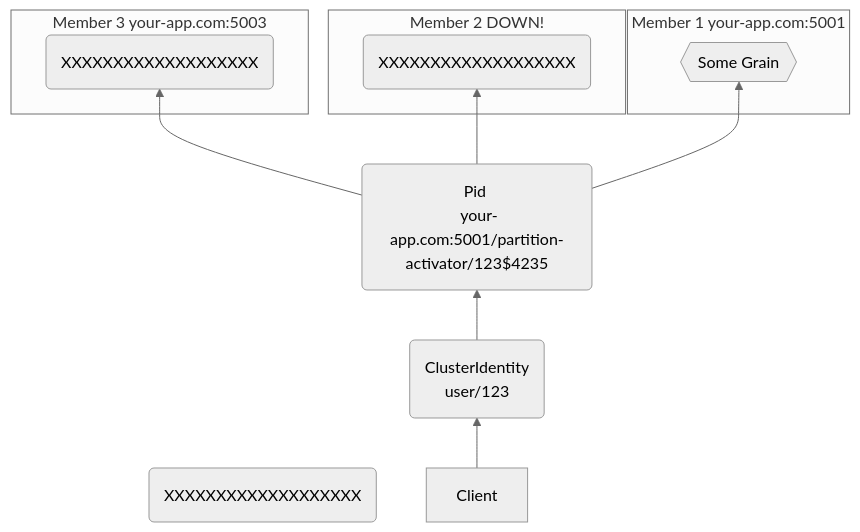
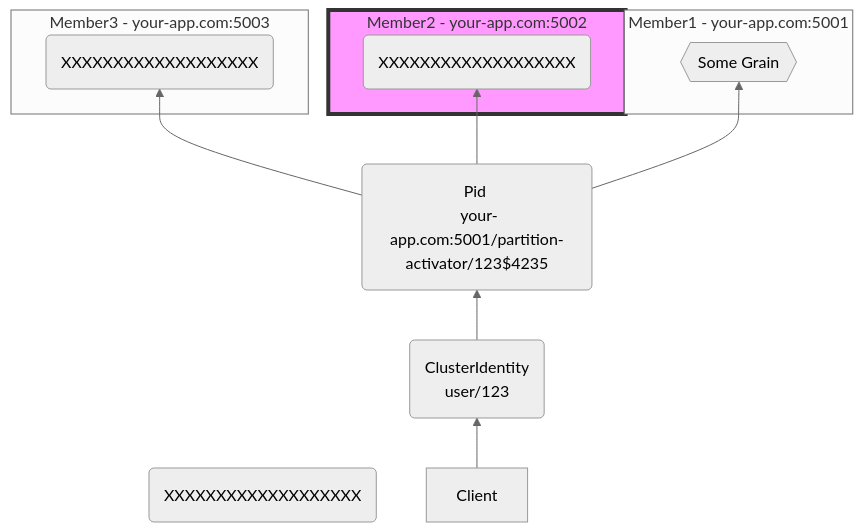
Before and after one commit to asynkron/protoactor-website: the third of 3 diagrams in hugo/content/docs/cluster.md, drawn with Mermaid (neutral theme). The commit also changed other lines of this file and 1 other file, not shown here.

````diff
--- a/hugo/content/docs/cluster.md
+++ b/hugo/content/docs/cluster.md
@@ -125,28 +125,31 @@
 ```mermaid
 graph BT;
     empty1(XXXXXXXXXXXXXXXXXXX)
     empty2(XXXXXXXXXXXXXXXXXXX)
     empty3(XXXXXXXXXXXXXXXXXXX)
 
+
     ClusterIdentity(ClusterIdentity <br/> user/123)
     Pid(Pid <br/> your-app.com:5001/partition-activator/123$4235)
     Grain{{Some Grain}}
 
-    subgraph "Member 1 your-app.com:5001"
+    subgraph Member1[Member1 - your-app.com:5001]
         Grain
     end
-    subgraph "Member 2 DOWN!"
+    subgraph Member2[Member2 - your-app.com:5002]
+        style Member2 fill:#f9f,stroke:#333,stroke-width:4px
+        classDef red fill:#FF0000;
+        class Member2 red
         empty2
     end
-    subgraph "Member 3 your-app.com:5003"
+    subgraph Member3[Member3 - your-app.com:5003]
         empty3
     end
-
 
 Client --> ClusterIdentity
 ClusterIdentity --> Pid
 Pid --> Grain
 Pid --> empty2
 Pid --> empty3
 
 ```
````
